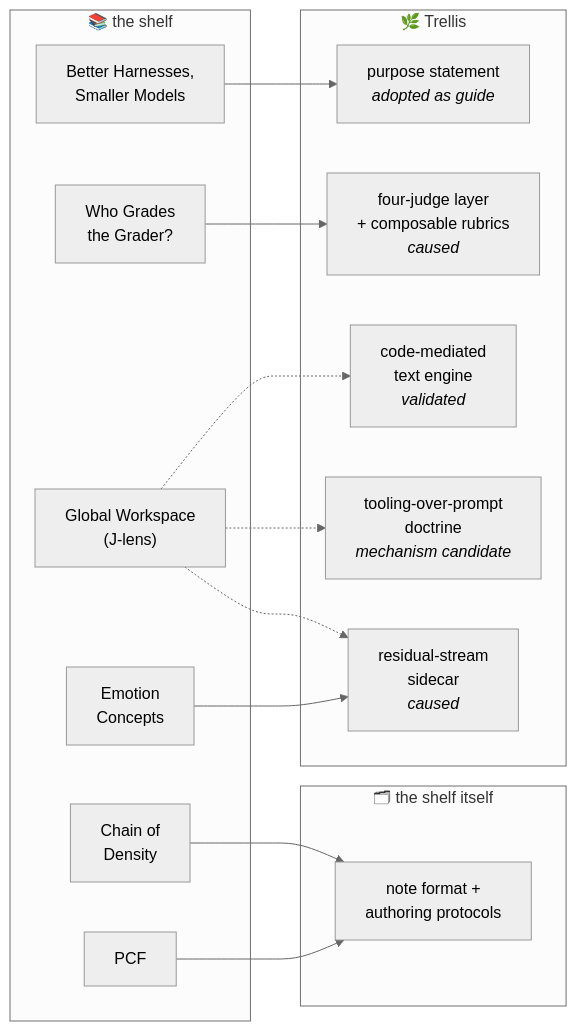
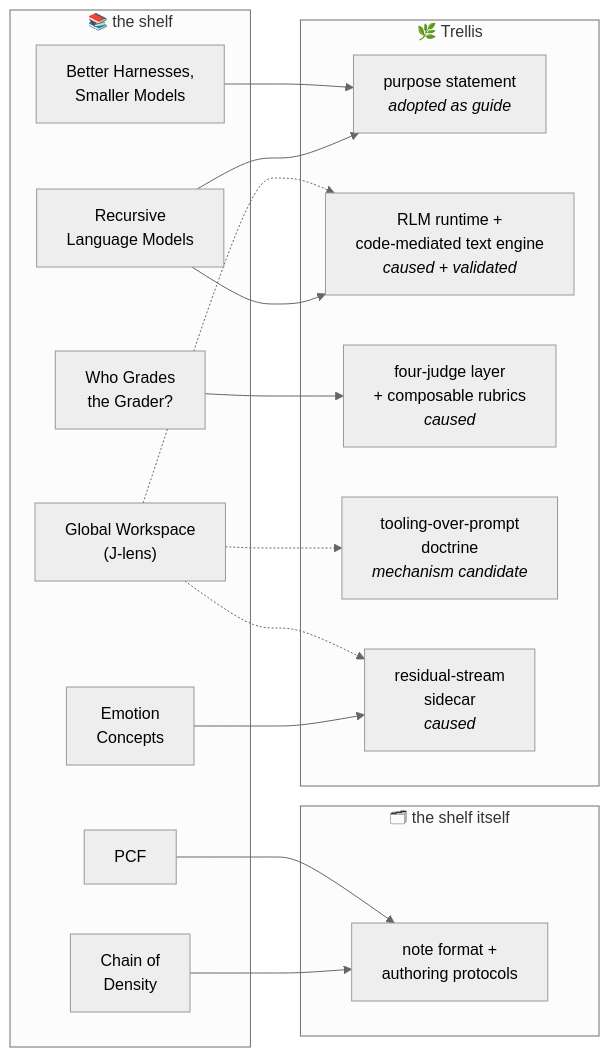
The diagram in README.md (OpenCnid/llm-research-inspirations), drawn with Mermaid (neutral theme) before and after one commit. The commit also changed other lines of this file, not shown here.

First line of the commit message:
Add Recursive Language Models entry: the paper Trellis implements

````diff
--- a/README.md
+++ b/README.md
@@ -98,29 +100,32 @@
 ```mermaid
 flowchart LR
     subgraph shelf["📚 the shelf"]
+        RLM["Recursive<br/>Language Models"]
         BH["Better Harnesses,<br/>Smaller Models"]
         WG["Who Grades<br/>the Grader?"]
         WS["Global Workspace<br/>(J-lens)"]
         EC["Emotion<br/>Concepts"]
         COD["Chain of<br/>Density"]
         PCF["PCF"]
     end
     subgraph trellis["🌿 Trellis"]
         purpose["purpose statement<br/><i>adopted as guide</i>"]
+        engine["RLM runtime +<br/>code-mediated text engine<br/><i>caused + validated</i>"]
         judges["four-judge layer<br/>+ composable rubrics<br/><i>caused</i>"]
-        engine["code-mediated<br/>text engine<br/><i>validated</i>"]
         doctrine["tooling-over-prompt<br/>doctrine<br/><i>mechanism candidate</i>"]
         sidecar["residual-stream<br/>sidecar<br/><i>caused</i>"]
     end
     subgraph meta["🗂 the shelf itself"]
         notes["note format +<br/>authoring protocols"]
     end
+    RLM --> engine
+    RLM --> purpose
     BH --> purpose
     WG --> judges
     WS -.-> engine
     WS -.-> doctrine
     EC --> sidecar
     WS -.-> sidecar
     COD --> notes
     PCF --> notes
 ```
````
